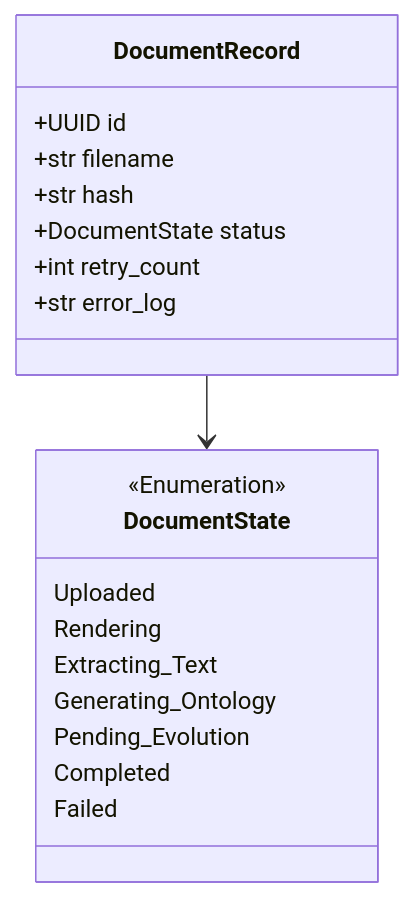
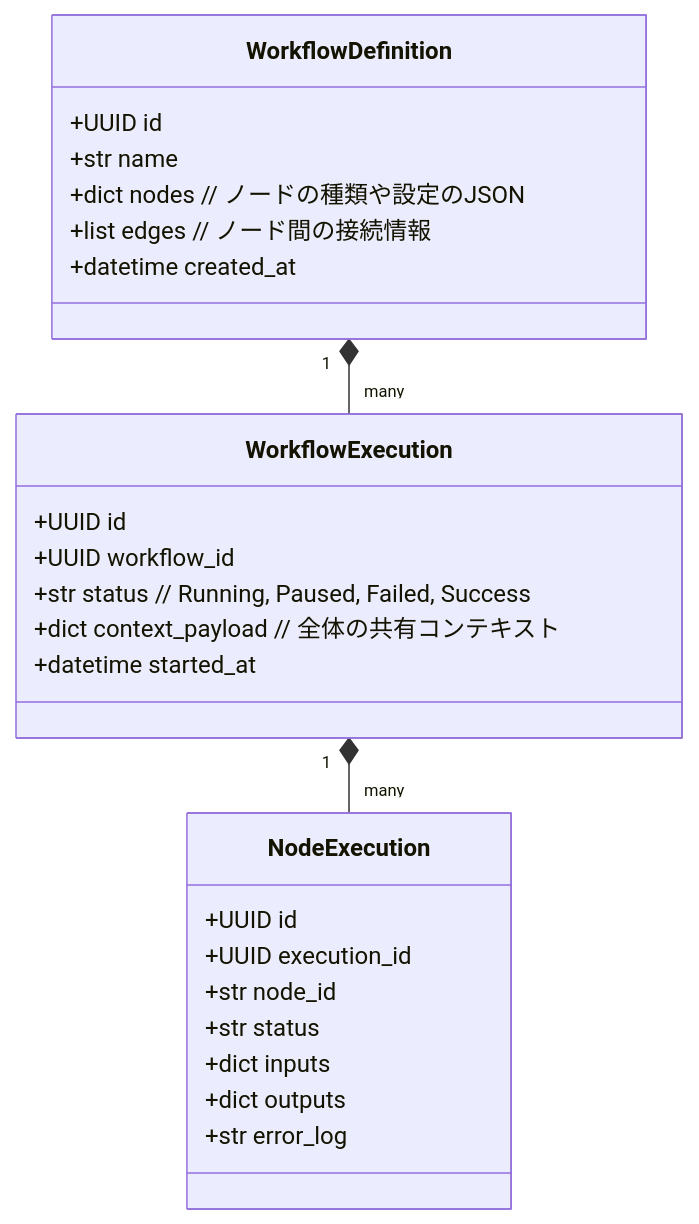
The second of 4 diagrams in docs/detail_design/01_workflow_orchestrator.md (hiroooo000/ontoNgn), drawn with Mermaid before and after one commit. The commit also changed other lines of this file and 4 other files, not shown here.

Commit message:
docs: separate console ui into portal, workflow, schema evolution and document management

````diff
--- a/docs/detail_design/01_workflow_orchestrator.md
+++ b/docs/detail_design/01_workflow_orchestrator.md
@@ -51,24 +67,31 @@
 ```mermaid
 classDiagram
-    class DocumentState {
-        <<Enumeration>>
-        Uploaded
-        Rendering
-        Extracting_Text
-        Generating_Ontology
-        Pending_Evolution
-        Completed
-        Failed
+    class WorkflowDefinition {
+        +UUID id
+        +str name
+        +dict nodes  // ノードの種類や設定のJSON
+        +list edges  // ノード間の接続情報
+        +datetime created_at
     }
     
-    class DocumentRecord {
+    class WorkflowExecution {
         +UUID id
-        +str filename
-        +str hash
-        +DocumentState status
-        +int retry_count
+        +UUID workflow_id
+        +str status  // Running, Paused, Failed, Success
+        +dict context_payload  // 全体の共有コンテキスト
+        +datetime started_at
+    }
+    
+    class NodeExecution {
+        +UUID id
+        +UUID execution_id
+        +str node_id
+        +str status
+        +dict inputs
+        +dict outputs
         +str error_log
     }
     
-    DocumentRecord --> DocumentState
+    WorkflowDefinition "1" *-- "many" WorkflowExecution
+    WorkflowExecution "1" *-- "many" NodeExecution
 ```
````
